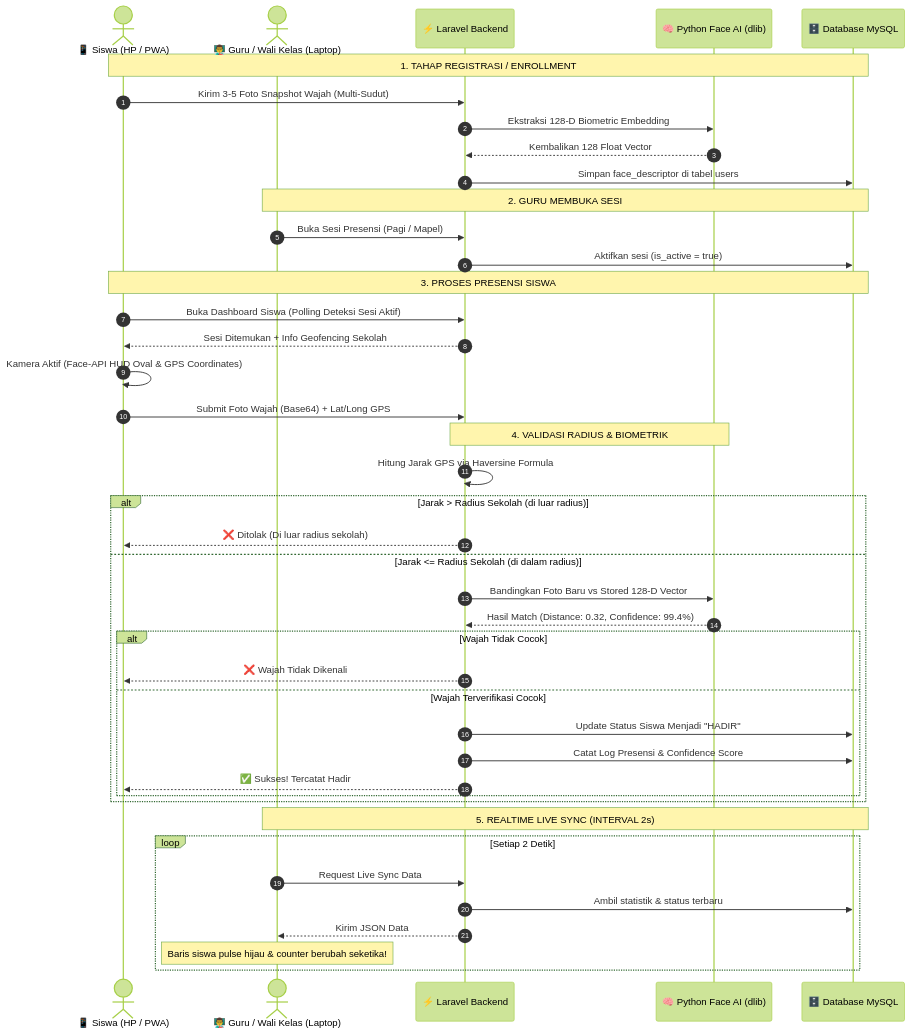
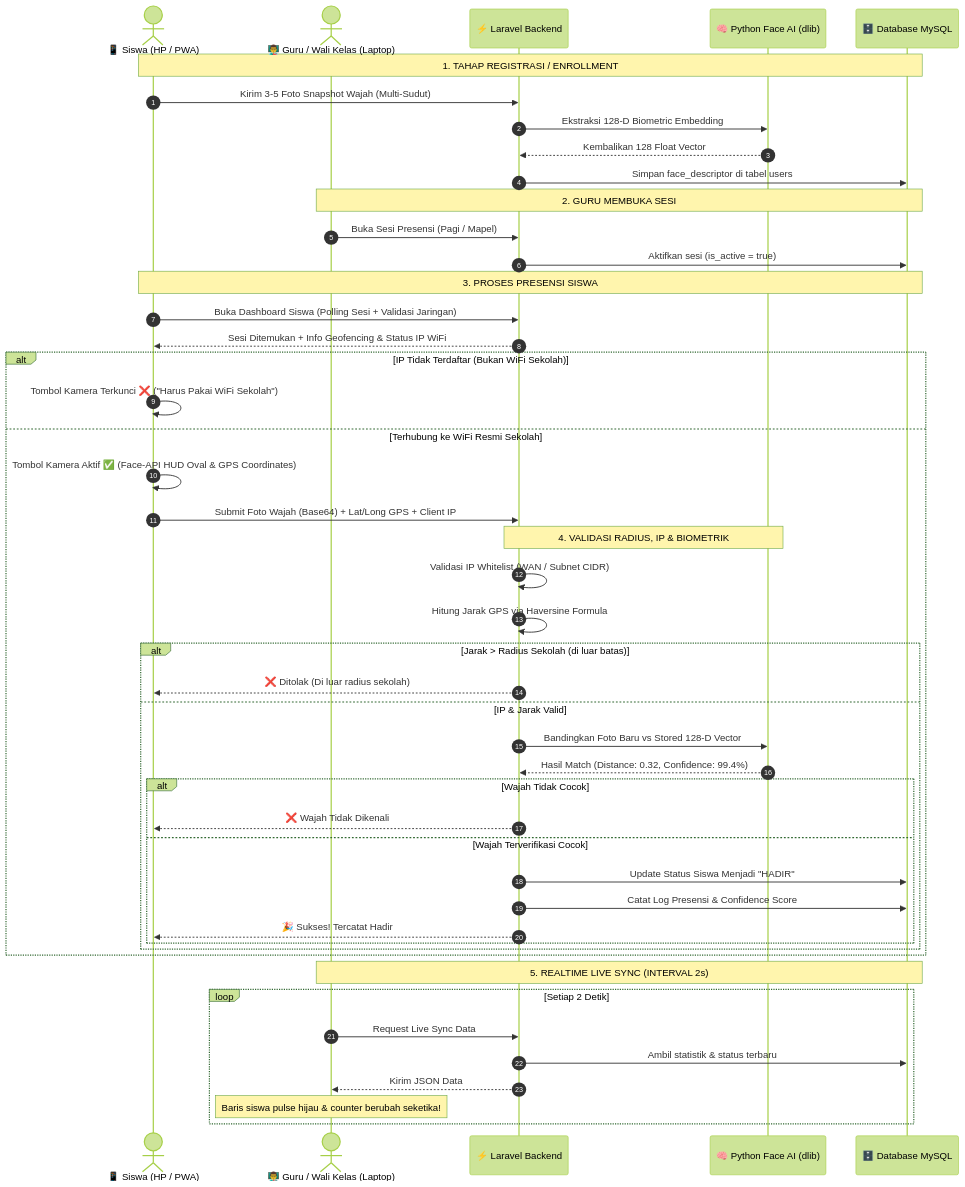
The diagram in README.md (DIMASAHNAF/presensi-sekolah-online), drawn with Mermaid (forest theme) before and after one commit. The commit also changed other lines of this file, not shown here.

````diff
--- a/README.md
+++ b/README.md
@@ -102,49 +114,54 @@
 ```mermaid
 sequenceDiagram
     autonumber
     actor Siswa as 📱 Siswa (HP / PWA)
     actor Guru as 👨‍🏫 Guru / Wali Kelas (Laptop)
     participant Laravel as ⚡ Laravel Backend
     participant Python as 🧠 Python Face AI (dlib)
     participant DB as 🗄️ Database MySQL
 
     Note over Siswa,DB: 1. TAHAP REGISTRASI / ENROLLMENT
     Siswa->>Laravel: Kirim 3-5 Foto Snapshot Wajah (Multi-Sudut)
     Laravel->>Python: Ekstraksi 128-D Biometric Embedding
     Python-->>Laravel: Kembalikan 128 Float Vector
     Laravel->>DB: Simpan face_descriptor di tabel users
 
     Note over Guru,DB: 2. GURU MEMBUKA SESI
     Guru->>Laravel: Buka Sesi Presensi (Pagi / Mapel)
     Laravel->>DB: Aktifkan sesi (is_active = true)
 
     Note over Siswa,DB: 3. PROSES PRESENSI SISWA
-    Siswa->>Laravel: Buka Dashboard Siswa (Polling Deteksi Sesi Aktif)
-    Laravel-->>Siswa: Sesi Ditemukan + Info Geofencing Sekolah
-    Siswa->>Siswa: Kamera Aktif (Face-API HUD Oval & GPS Coordinates)
-    Siswa->>Laravel: Submit Foto Wajah (Base64) + Lat/Long GPS
+    Siswa->>Laravel: Buka Dashboard Siswa (Polling Sesi + Validasi Jaringan)
+    Laravel-->>Siswa: Sesi Ditemukan + Info Geofencing & Status IP WiFi
+    alt IP Tidak Terdaftar (Bukan WiFi Sekolah)
+        Siswa->>Siswa: Tombol Kamera Terkunci ❌ ("Harus Pakai WiFi Sekolah")
+    else Terhubung ke WiFi Resmi Sekolah
+        Siswa->>Siswa: Tombol Kamera Aktif ✅ (Face-API HUD Oval & GPS Coordinates)
+        Siswa->>Laravel: Submit Foto Wajah (Base64) + Lat/Long GPS + Client IP
 
-    Note over Laravel,Python: 4. VALIDASI RADIUS & BIOMETRIK
-    Laravel->>Laravel: Hitung Jarak GPS via Haversine Formula
-    alt Jarak > Radius Sekolah (di luar radius)
-        Laravel-->>Siswa: ❌ Ditolak (Di luar radius sekolah)
-    else Jarak <= Radius Sekolah (di dalam radius)
-        Laravel->>Python: Bandingkan Foto Baru vs Stored 128-D Vector
-        Python-->>Laravel: Hasil Match (Distance: 0.32, Confidence: 99.4%)
-        alt Wajah Tidak Cocok
-            Laravel-->>Siswa: ❌ Wajah Tidak Dikenali
-        else Wajah Terverifikasi Cocok
-            Laravel->>DB: Update Status Siswa Menjadi "HADIR"
-            Laravel->>DB: Catat Log Presensi & Confidence Score
-            Laravel-->>Siswa: ✅ Sukses! Tercatat Hadir
+        Note over Laravel,Python: 4. VALIDASI RADIUS, IP & BIOMETRIK
+        Laravel->>Laravel: Validasi IP Whitelist (WAN / Subnet CIDR)
+        Laravel->>Laravel: Hitung Jarak GPS via Haversine Formula
+        alt Jarak > Radius Sekolah (di luar batas)
+            Laravel-->>Siswa: ❌ Ditolak (Di luar radius sekolah)
+        else IP & Jarak Valid
+            Laravel->>Python: Bandingkan Foto Baru vs Stored 128-D Vector
+            Python-->>Laravel: Hasil Match (Distance: 0.32, Confidence: 99.4%)
+            alt Wajah Tidak Cocok
+                Laravel-->>Siswa: ❌ Wajah Tidak Dikenali
+            else Wajah Terverifikasi Cocok
+                Laravel->>DB: Update Status Siswa Menjadi "HADIR"
+                Laravel->>DB: Catat Log Presensi & Confidence Score
+                Laravel-->>Siswa: 🎉 Sukses! Tercatat Hadir
+            end
         end
     end
 
     Note over Guru,DB: 5. REALTIME LIVE SYNC (INTERVAL 2s)
     loop Setiap 2 Detik
         Guru->>Laravel: Request Live Sync Data
         Laravel->>DB: Ambil statistik & status terbaru
         Laravel-->>Guru: Kirim JSON Data
         Note over Guru: Baris siswa pulse hijau & counter berubah seketika!
     end
 ```
````
